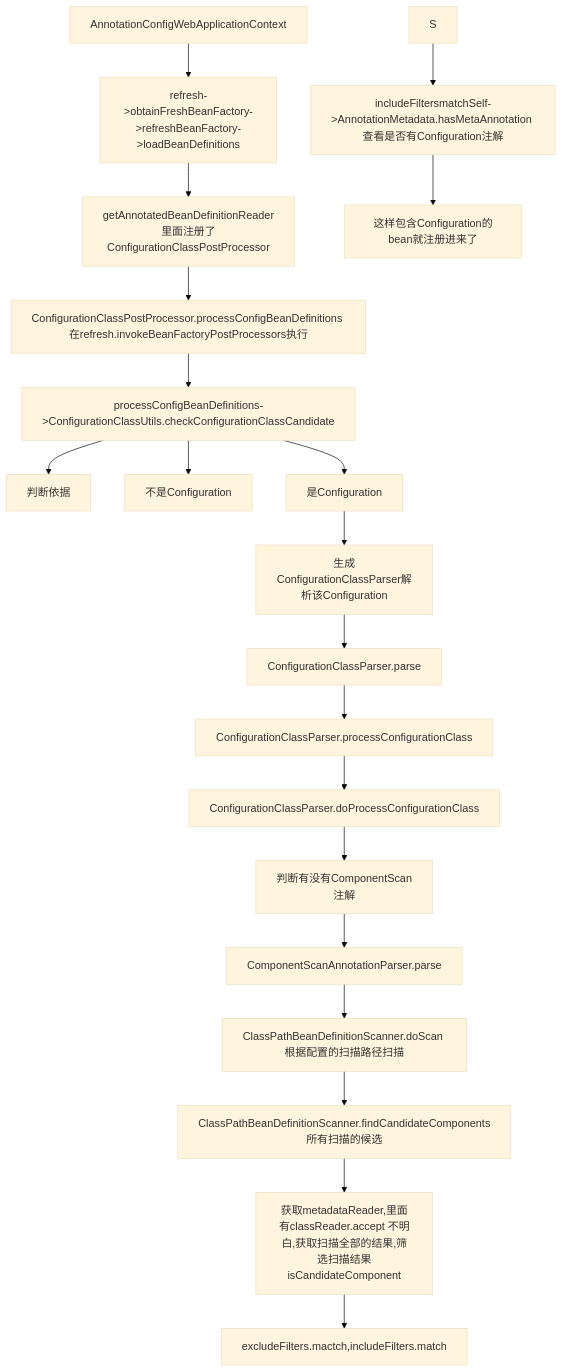
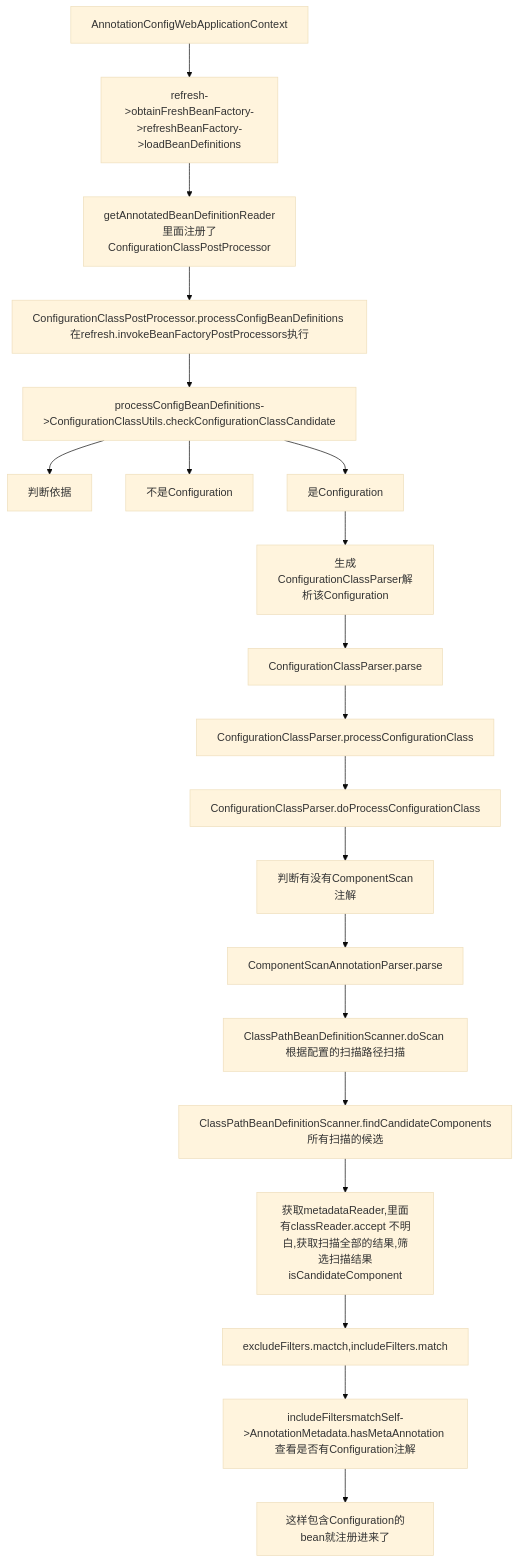
One commit to applenele/sample changed the diagram in md/spring-configuration.md. Above: the diagram before and after it, drawn with Mermaid (base theme). The commit also changed other lines of this file and 2 other files, not shown here.

Commit message:
:bento: spring mvc 请求处理文档

````diff
--- a/md/spring-configuration.md
+++ b/md/spring-configuration.md
@@ -1,23 +3,23 @@
 ```mermaid
 graph TD;
     A[AnnotationConfigWebApplicationContext]-->B[refresh->obtainFreshBeanFactory->refreshBeanFactory->loadBeanDefinitions] 
     B-->C[getAnnotatedBeanDefinitionReader里面注册了ConfigurationClassPostProcessor]
     C-->D[ConfigurationClassPostProcessor.processConfigBeanDefinitions 在refresh.invokeBeanFactoryPostProcessors执行]
     D-->E[processConfigBeanDefinitions->ConfigurationClassUtils.checkConfigurationClassCandidate]
     E-->F0[判断依据]
     E-->F1[不是Configuration]
     E-->F2[是Configuration]
     F2-->G[生成ConfigurationClassParser解析该Configuration]
     G-->H[ConfigurationClassParser.parse]
     H-->I[ConfigurationClassParser.processConfigurationClass]
     I-->J[ConfigurationClassParser.doProcessConfigurationClass]
     J-->K[判断有没有ComponentScan注解]
     K-->L[ComponentScanAnnotationParser.parse]
     L-->M[ClassPathBeanDefinitionScanner.doScan 根据配置的扫描路径扫描]
     M-->O[ClassPathBeanDefinitionScanner.findCandidateComponents所有扫描的候选]
     O-->P[获取metadataReader,里面有classReader.accept 不明白,获取扫描全部的结果,筛选扫描结果isCandidateComponent]
     P-->R[excludeFilters.mactch,includeFilters.match]
-    S-->T[includeFiltersmatchSelf->AnnotationMetadata.hasMetaAnnotation 查看是否有Configuration注解]
+    R-->T[includeFiltersmatchSelf->AnnotationMetadata.hasMetaAnnotation 查看是否有Configuration注解]
     T-->这样包含Configuration的bean就注册进来了
 
 ```
````
